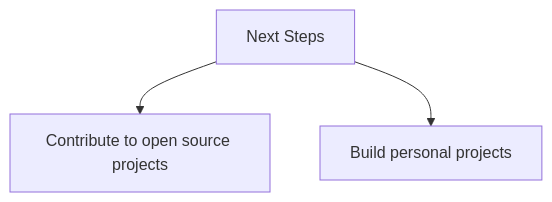
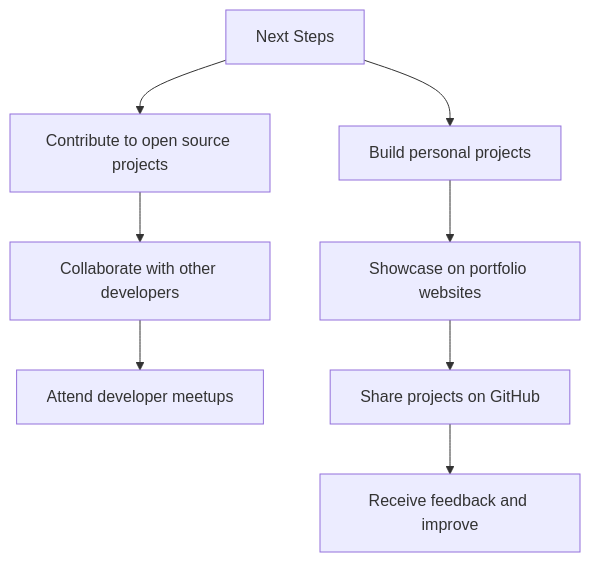
The diagram in FrontEnd.md (fwlc-user002/programming-roadmap), drawn with Mermaid before and after one commit.

````diff
--- a/FrontEnd.md
+++ b/FrontEnd.md
@@ -33,5 +33,11 @@
 ```mermaid
-graph TD;
-  T[Next Steps] --> U[Contribute to open source projects];
+graph TB;
+  T[Next Steps];
+  T --> U[Contribute to open source projects];
   T --> V[Build personal projects];
+  U --> W[Collaborate with other developers];
+  V --> X[Showcase on portfolio websites];
+  W --> Y[Attend developer meetups];
+  X --> Z[Share projects on GitHub];
+  Z --> AA[Receive feedback and improve];
 ```
````
